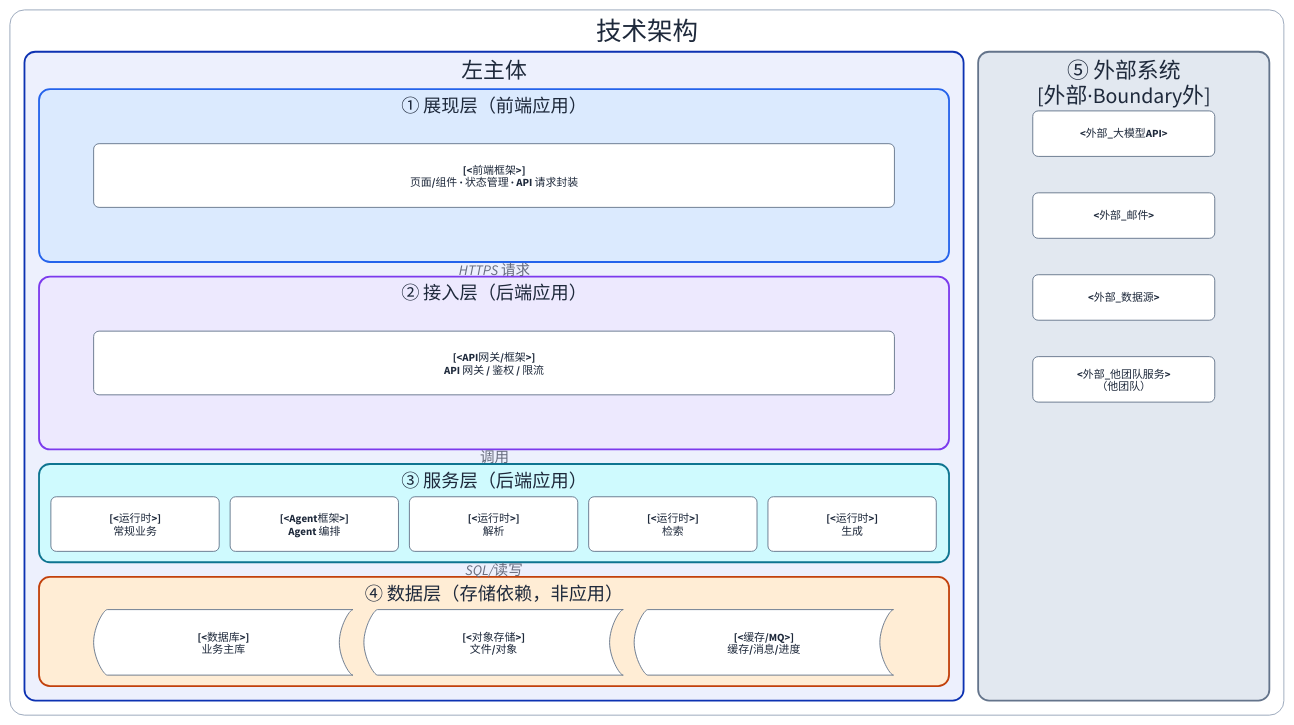
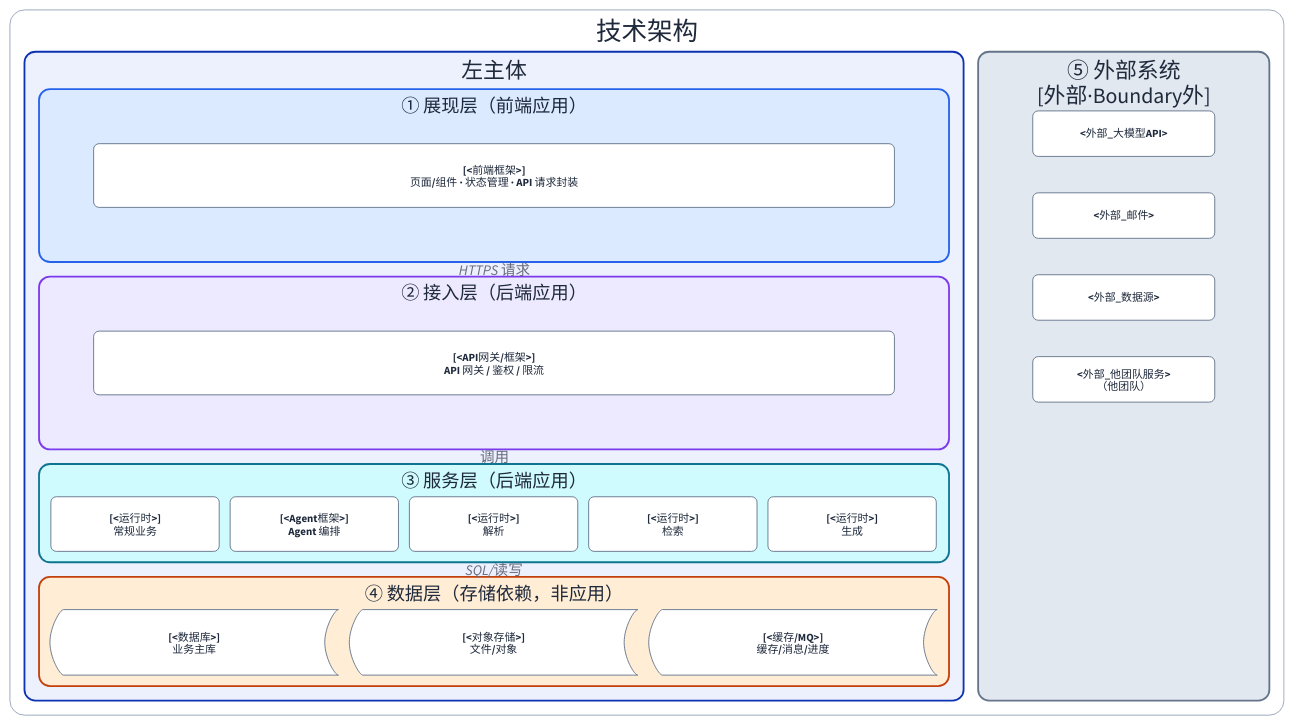
The diagram in skills/doc-arch-rules/references/templates/L2/TECHNOLOGY-ARCHITECTURE.template.md (syllr/skills), drawn with D2 before and after one commit. The commit also changed other lines of this file and 29 other files, not shown here.

```diff
--- a/skills/doc-arch-rules/references/templates/L2/TECHNOLOGY-ARCHITECTURE.template.md
+++ b/skills/doc-arch-rules/references/templates/L2/TECHNOLOGY-ARCHITECTURE.template.md
@@ -76,7 +77,7 @@
 # 视角: 技术架构（技术栈分层）
 # 说明: 本图只画技术组件（技术层骨架），不列功能模块——功能模块清单与能力归属见产品规格
 # 示例，按实际替换：图中 <占位> 为通用示例，生成时替换为实际技术栈
-# 尺寸规则（c4-container-diagram）：子容器 width = (父容器 width − 内边距 24 − gap×(n−1)) / n，按实际替换
+# 尺寸规则（c4-container-diagram）：子容器 width = (父容器 width − 内边距 24 − gap×(n−1)) / n，按实际替换；单列（n=1）子容器例外——取既定值 880（不按公式取 976）
 
 vars: {
  d2-config: {
@@ -152,9 +153,9 @@
  style.border-radius: 12
  grid-columns: 3
  grid-gap: 12
- t4a: { label: "[<数据库>]\n业务主库"; shape: stored_data; width: 285; height: 72; class: mod }
- t4b: { label: "[<对象存储>]\n文件/对象"; shape: stored_data; width: 285; height: 72; class: mod }
- t4c: { label: "[<缓存/MQ>]\n缓存/消息/进度"; shape: stored_data; width: 285; height: 72; class: mod }
+ t4a: { label: "[<数据库>]\n业务主库"; shape: stored_data; width: 317; height: 72; class: mod }
+ t4b: { label: "[<对象存储>]\n文件/对象"; shape: stored_data; width: 317; height: 72; class: mod }
+ t4c: { label: "[<缓存/MQ>]\n缓存/消息/进度"; shape: stored_data; width: 317; height: 72; class: mod }
  }
  }
 
```
